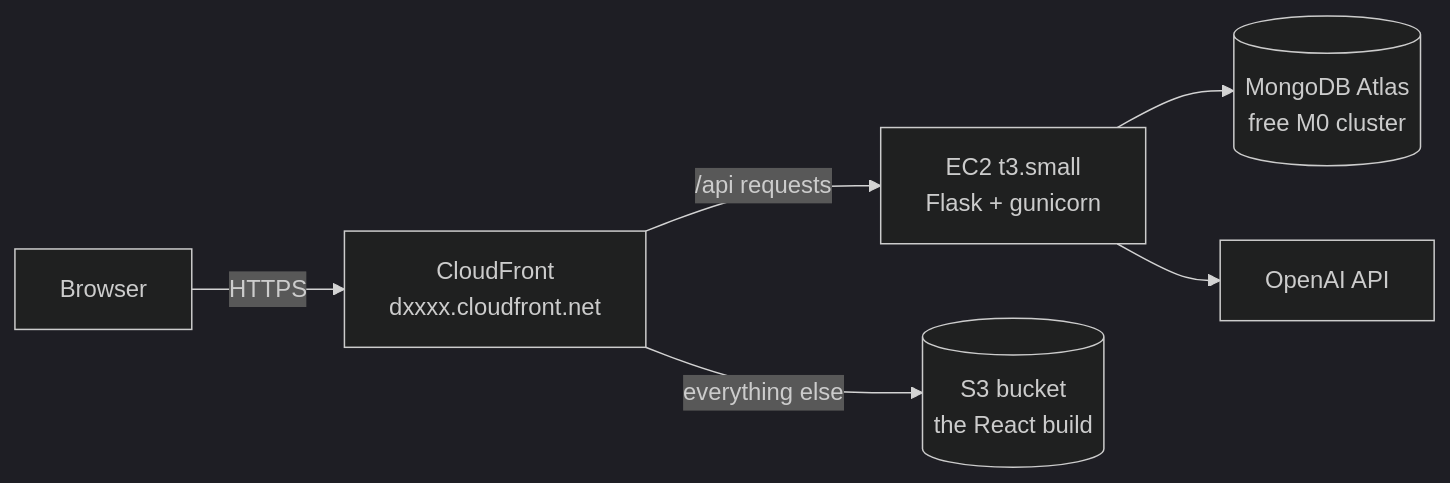
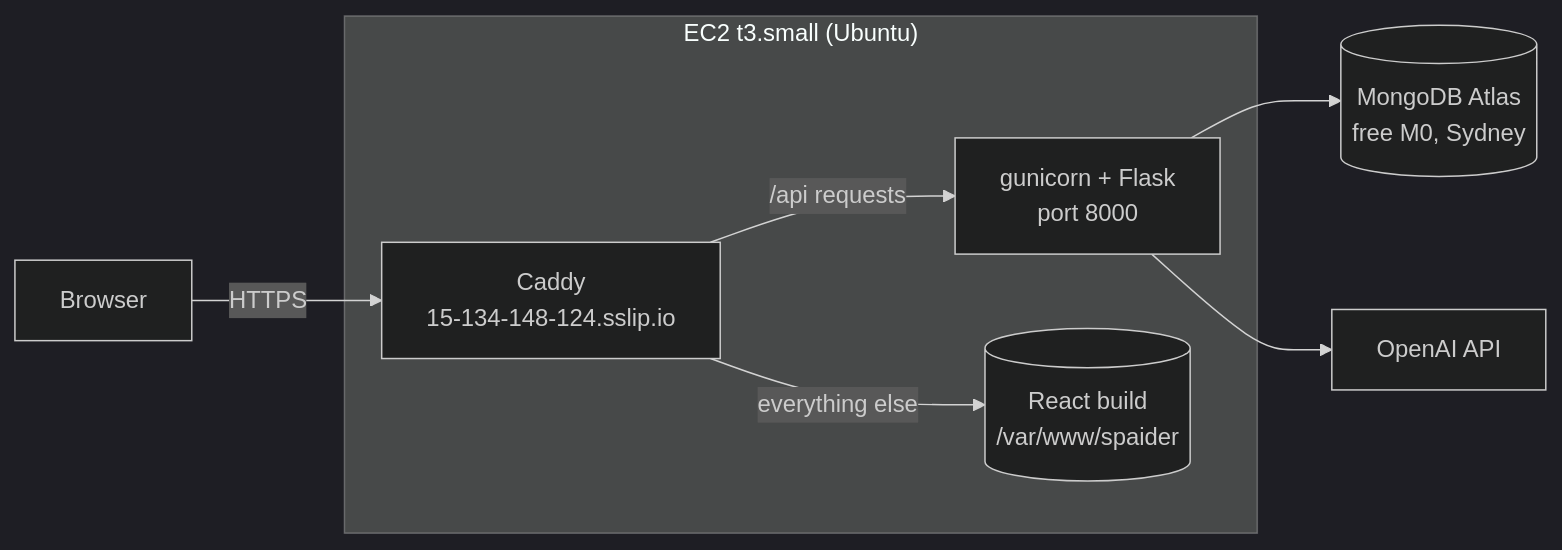
The first of 2 diagrams in docs/DEPLOY.md (shreshthdeveloper/spaider), drawn with Mermaid (dark theme) before and after one commit. The commit also changed other lines of this file and 5 other files, not shown here.

````diff
--- a/docs/DEPLOY.md
+++ b/docs/DEPLOY.md
@@ -8,8 +8,10 @@
 ```mermaid
 flowchart LR
-    U[Browser] -->|HTTPS| CF["CloudFront<br/>dxxxx.cloudfront.net"]
-    CF -->|"/api requests"| EC2["EC2 t3.small<br/>Flask + gunicorn"]
-    CF -->|"everything else"| S3[("S3 bucket<br/>the React build")]
-    EC2 --> DB[("MongoDB Atlas<br/>free M0 cluster")]
-    EC2 --> AI[OpenAI API]
+    U[Browser] -->|HTTPS| C["Caddy<br/>15-134-148-124.sslip.io"]
+    subgraph EC2["EC2 t3.small (Ubuntu)"]
+        C -->|"/api requests"| G["gunicorn + Flask<br/>port 8000"]
+        C -->|"everything else"| F[("React build<br/>/var/www/spaider")]
+    end
+    G --> DB[("MongoDB Atlas<br/>free M0, Sydney")]
+    G --> AI[OpenAI API]
 ```
````
